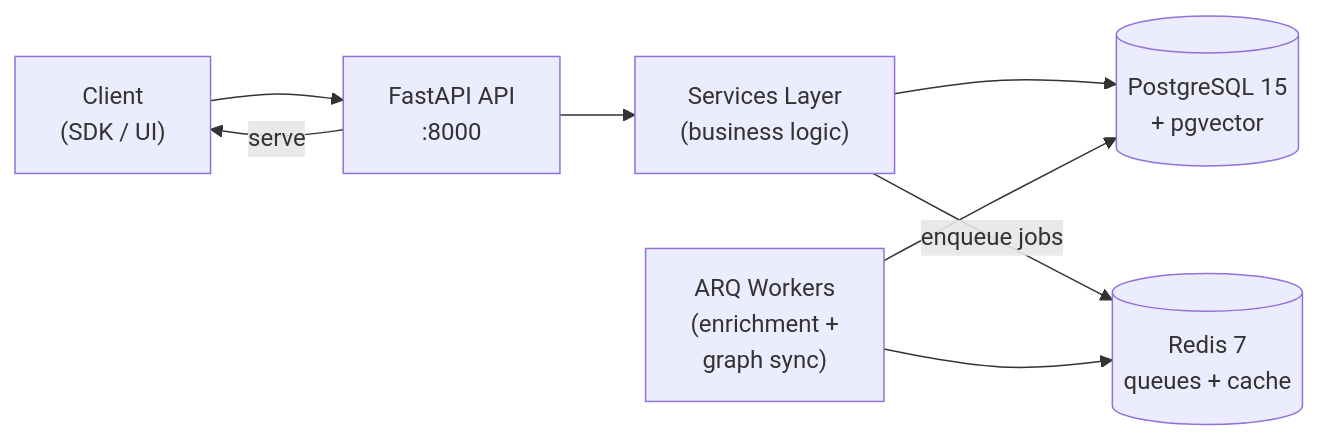
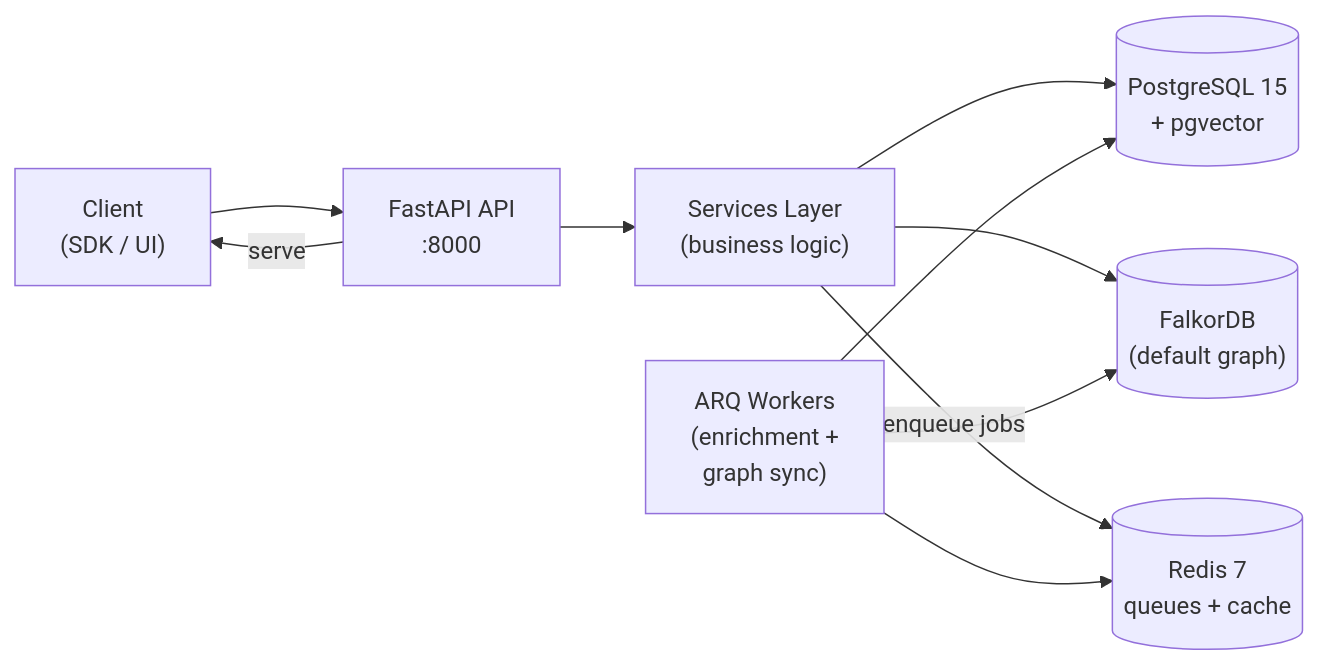
The diagram in README.md (openzync/openzync-core), drawn with Mermaid before and after one commit. The commit also changed other lines of this file and 15 other files, not shown here.

Commit message:
docs/ci(graph): change default graph backend to falkordb

````diff
--- a/README.md
+++ b/README.md
@@ -60,10 +60,12 @@
 ```mermaid
 flowchart LR
     Client["Client<br/>(SDK / UI)"] --> API["FastAPI API<br/>:8000"]
     API --> Services["Services Layer<br/>(business logic)"]
     Services --> PG[("PostgreSQL 15<br/>+ pgvector")]
+    Services --> FK[("FalkorDB<br/>(default graph)")]
     Services -->|enqueue jobs| Redis[("Redis 7<br/>queues + cache")]
     Workers["ARQ Workers<br/>(enrichment +<br/>graph sync)"] --> Redis
     Workers --> PG
+    Workers --> FK
     API -->|serve| Client
 ```
````
